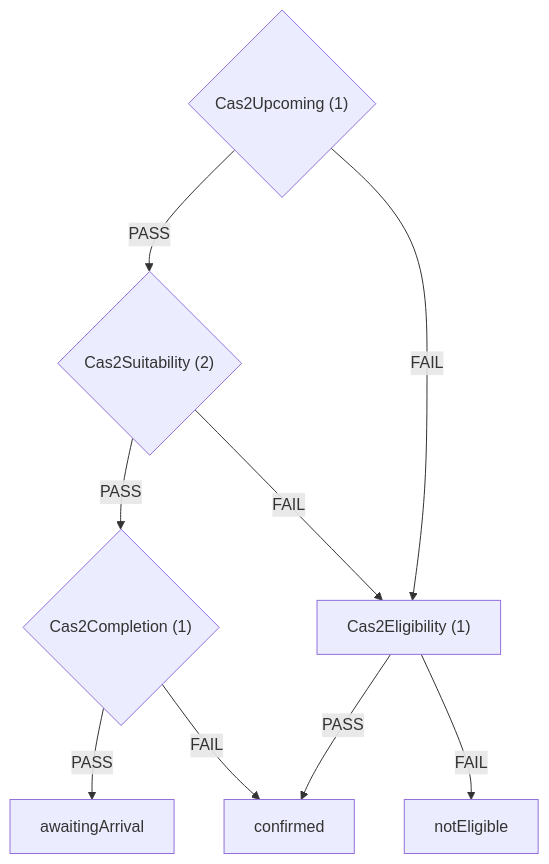
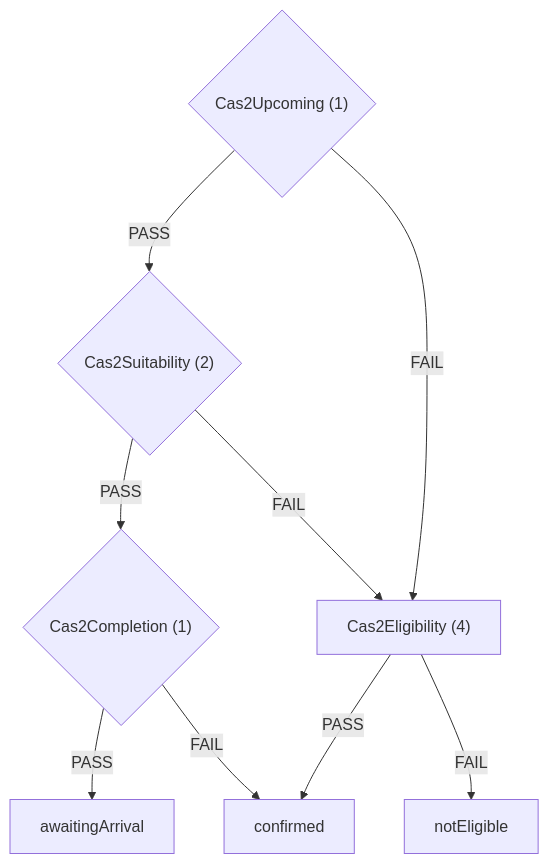
Before and after one commit to ministryofjustice/hmpps-single-accommodation-service-api: the second of 6 diagrams in docs/eligibility-rules-graph.md, drawn with Mermaid. The commit also changed other lines of this file and 20 other files, not shown here.

````diff
--- a/docs/eligibility-rules-graph.md
+++ b/docs/eligibility-rules-graph.md
@@ -84,18 +84,18 @@
 ```mermaid
 flowchart TD
   Cas2Upcoming{"Cas2Upcoming (1)"}
   Cas2Suitability{"Cas2Suitability (2)"}
   Cas2Completion{"Cas2Completion (1)"}
   awaitingArrival["awaitingArrival"]
   confirmed["confirmed"]
-  Cas2Eligibility["Cas2Eligibility (1)"]
+  Cas2Eligibility["Cas2Eligibility (4)"]
   notEligible["notEligible"]
   Cas2Completion -->|PASS| awaitingArrival
   Cas2Completion -->|FAIL| confirmed
   Cas2Eligibility -->|PASS| confirmed
   Cas2Eligibility -->|FAIL| notEligible
   Cas2Suitability -->|PASS| Cas2Completion
   Cas2Suitability -->|FAIL| Cas2Eligibility
   Cas2Upcoming -->|PASS| Cas2Suitability
   Cas2Upcoming -->|FAIL| Cas2Eligibility
 ```
````
